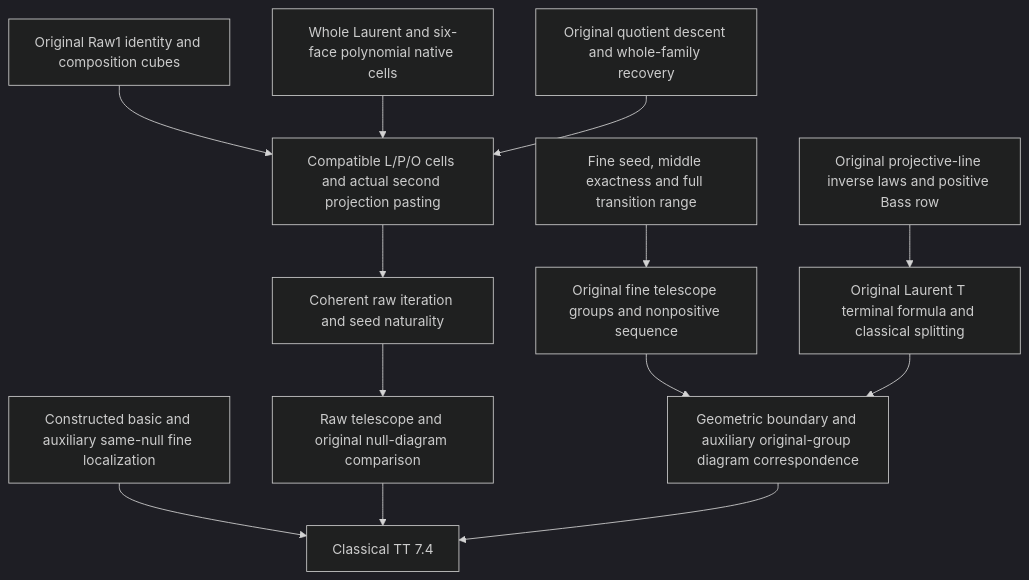
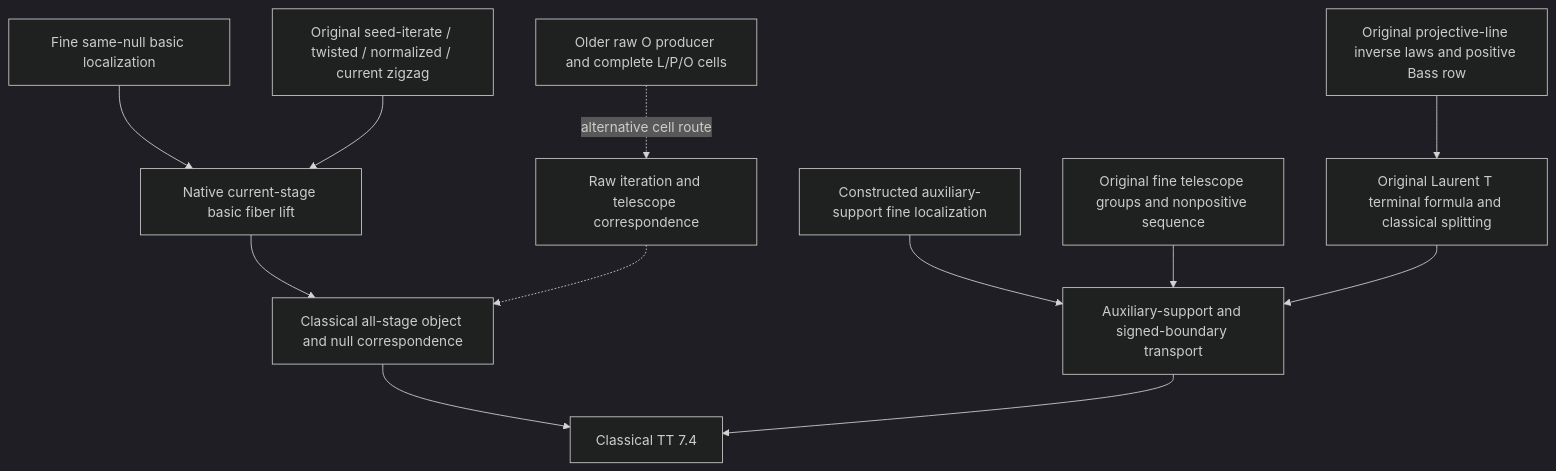
One commit to kangxyz/quillen-k-theory changed the second of 2 diagrams in docs/development/TTLocalization.md. Above: the diagram before and after it, drawn with Mermaid (dark theme). The commit also changed other lines of this file and 165 other files, not shown here.

First line of the commit message:
Integrate current-stage Bass localization and comparison towers

````diff
--- a/docs/development/TTLocalization.md
+++ b/docs/development/TTLocalization.md
@@ -880,15 +940,14 @@
 ```mermaid
 flowchart TD
-  G7[Constructed basic and auxiliary same-null fine localization] --> TT[Classical TT 7.4]
-  CU[Original Raw1 identity and composition cubes] --> LPO[Compatible L/P/O cells and actual second projection pasting]
-  LP[Whole Laurent and six-face polynomial native cells] --> LPO
-  OD[Original quotient descent and whole-family recovery] --> LPO
-  LPO --> RI[Coherent raw iteration and seed naturality]
-  RI --> RT[Raw telescope and original null-diagram comparison]
-  RT --> TT
-  FT[Fine seed, middle exactness and full transition range] --> FG[Original fine telescope groups and nonpositive sequence]
-  FG --> BC[Geometric boundary and auxiliary original-group diagram correspondence]
+  FT[Fine same-null basic localization] --> NF[Native current-stage basic fiber lift]
+  ZZ[Original seed-iterate / twisted / normalized / current zigzag] --> NF
+  NF --> CI[Classical all-stage object and null correspondence]
+  CI --> TT[Classical TT 7.4]
+  G7[Constructed auxiliary-support fine localization] --> AB[Auxiliary-support and signed-boundary transport]
+  AB --> TT
+  FG[Original fine telescope groups and nonpositive sequence] --> AB
   PP[Original projective-line inverse laws and positive Bass row] --> LB[Original Laurent T terminal formula and classical splitting]
-  LB --> BC
-  BC --> TT
+  LB --> AB
+  LPO[Older raw O producer and complete L/P/O cells] -. alternative cell route .-> RT[Raw iteration and telescope correspondence]
+  RT -.-> CI
 ```
````
